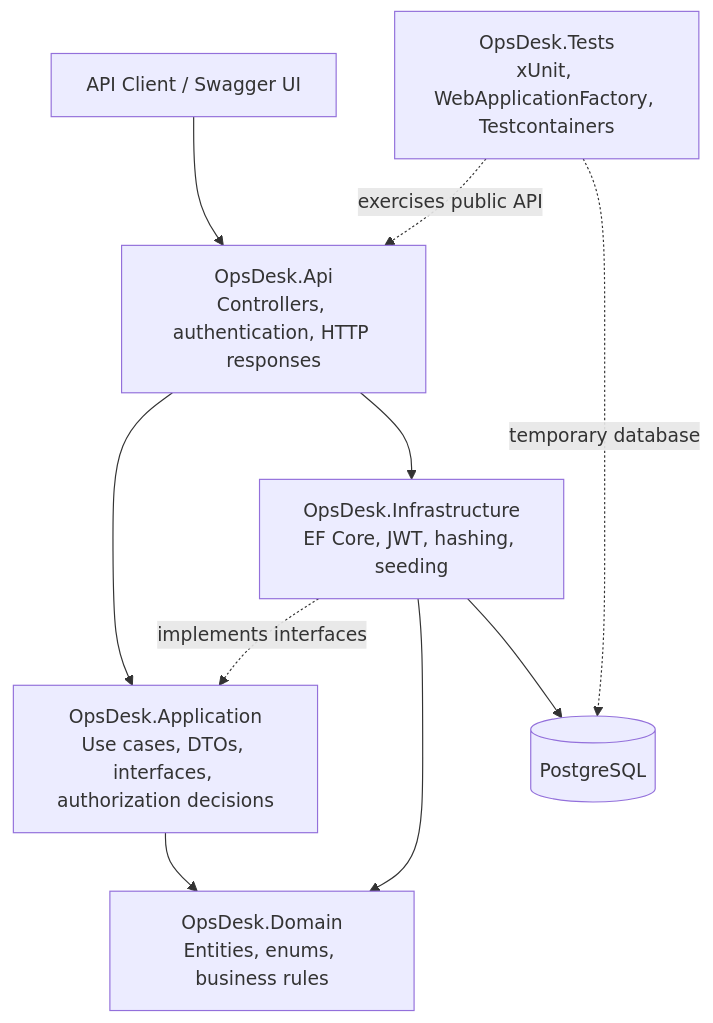
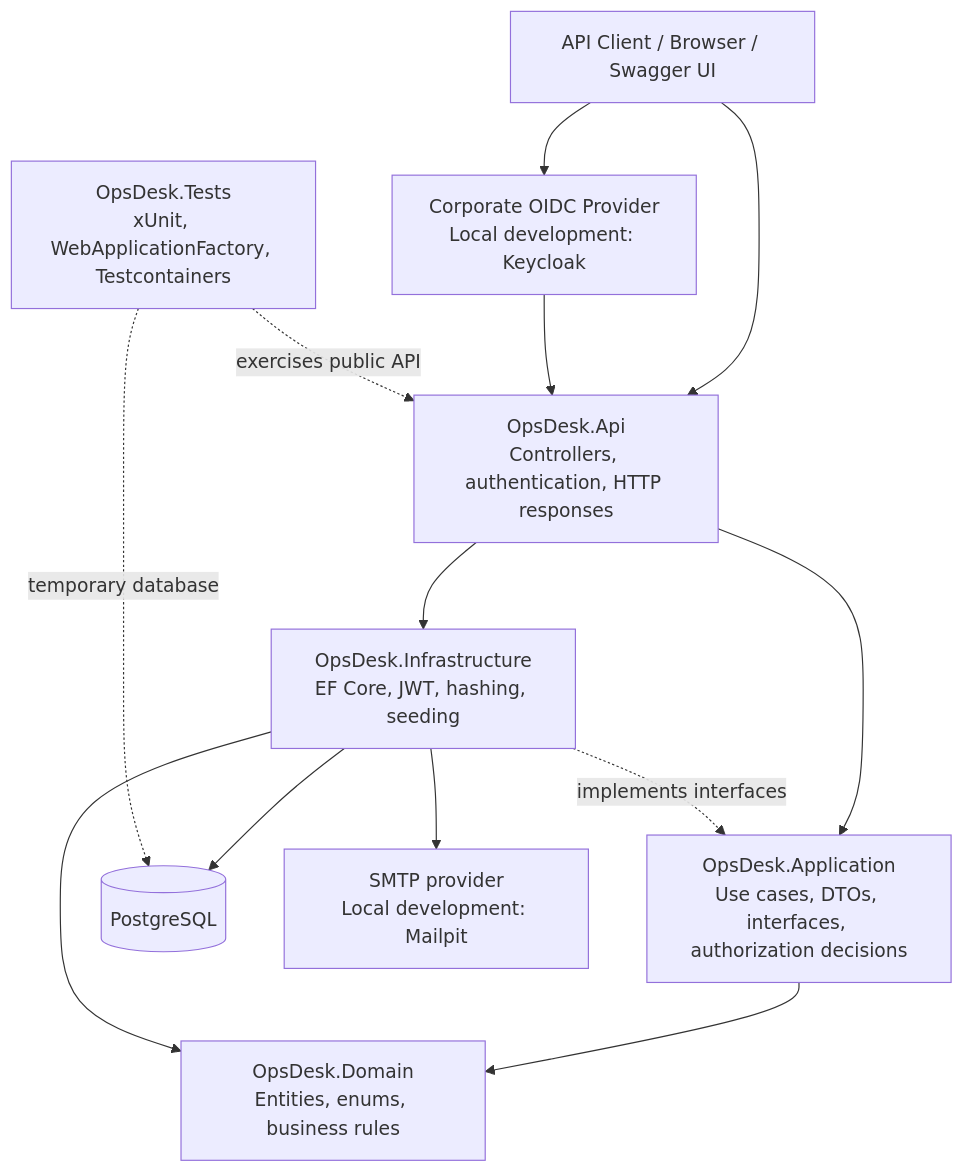
One commit to hmzckd/opsdesk-api changed the diagram in README.md. Above: the diagram before and after it, drawn with Mermaid. The commit also changed other lines of this file and 170 other files, not shown here.

````diff
--- a/README.md
+++ b/README.md
@@ -50,14 +54,17 @@
 ```mermaid
 flowchart TB
-    Client["API Client / Swagger UI"] --> Api["OpsDesk.Api<br/>Controllers, authentication, HTTP responses"]
+    Client["API Client / Browser / Swagger UI"] --> Api["OpsDesk.Api<br/>Controllers, authentication, HTTP responses"]
+    Client --> Identity["Corporate OIDC Provider<br/>Local development: Keycloak"]
+    Identity --> Api
     Api --> Application["OpsDesk.Application<br/>Use cases, DTOs, interfaces, authorization decisions"]
     Application --> Domain["OpsDesk.Domain<br/>Entities, enums, business rules"]
 
     Api --> Infrastructure["OpsDesk.Infrastructure<br/>EF Core, JWT, hashing, seeding"]
     Infrastructure -. "implements interfaces" .-> Application
     Infrastructure --> Domain
     Infrastructure --> Database[(PostgreSQL)]
+    Infrastructure --> Mail["SMTP provider<br/>Local development: Mailpit"]
 
     Tests["OpsDesk.Tests<br/>xUnit, WebApplicationFactory, Testcontainers"] -. "exercises public API" .-> Api
     Tests -. "temporary database" .-> Database
 ```
````
